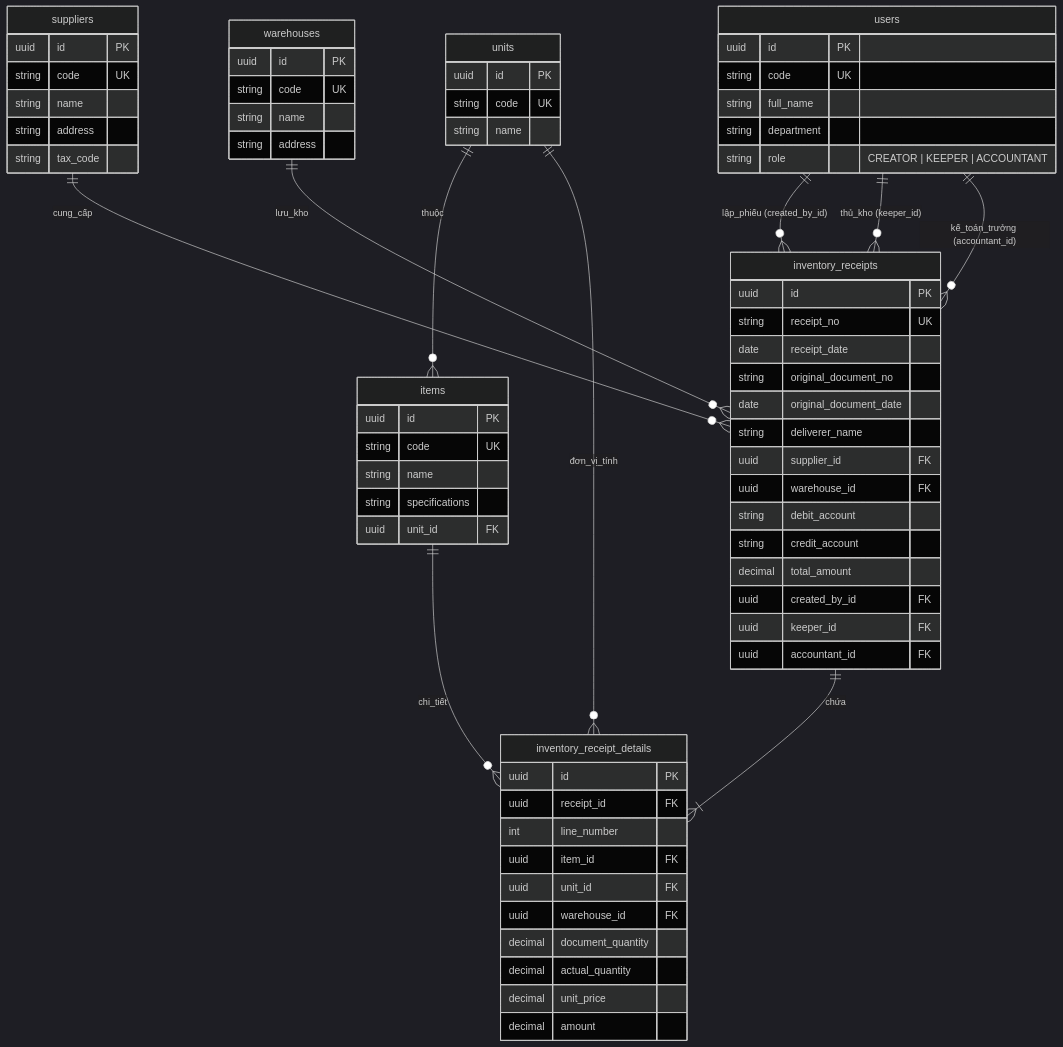
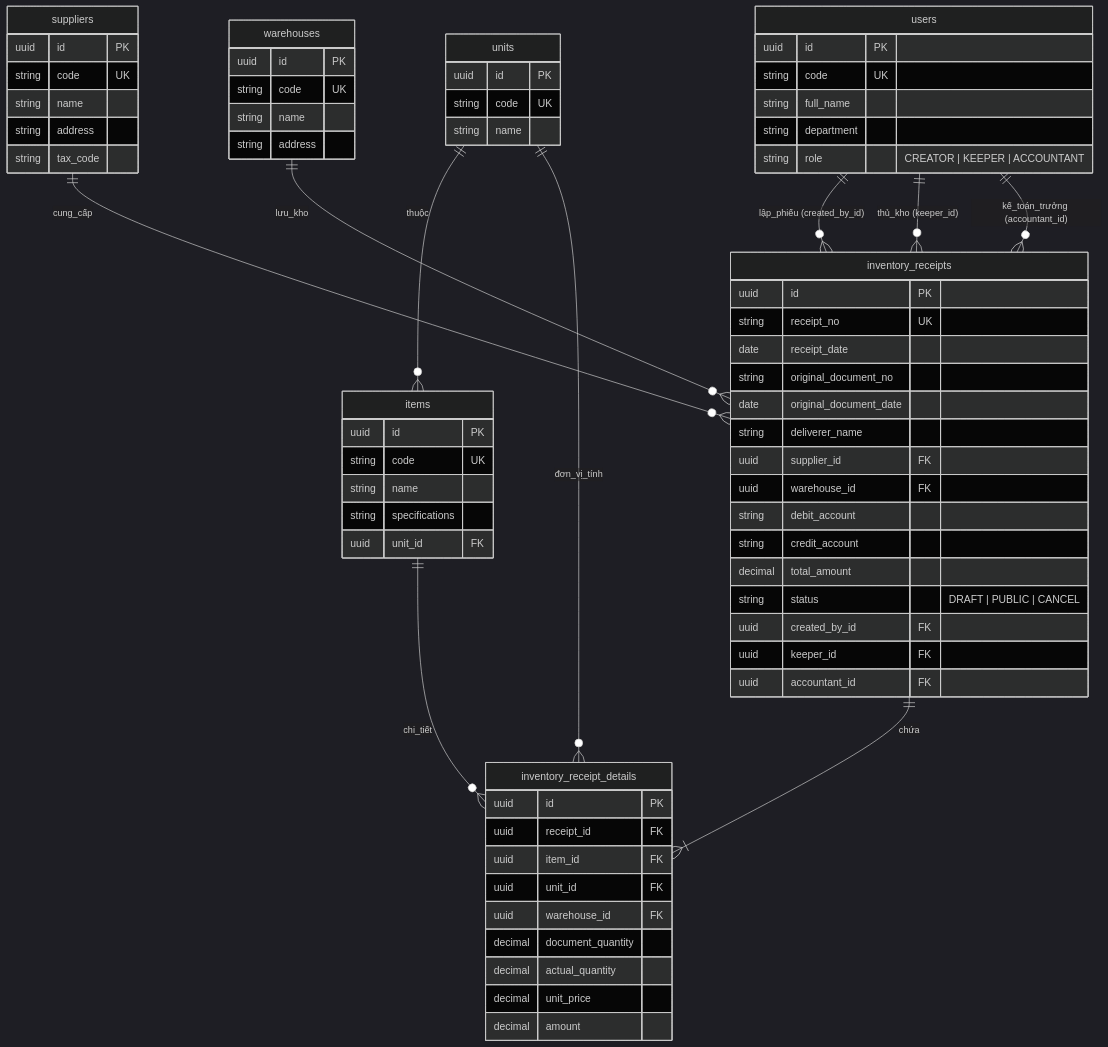
The diagram in docs/cores/database_design.md (Duancoders03/warehouse_test), drawn with Mermaid (dark theme) before and after one commit. The commit also changed other lines of this file and 19 other files, not shown here.

````diff
--- a/docs/cores/database_design.md
+++ b/docs/cores/database_design.md
@@ -24,80 +24,80 @@
 ```mermaid
 erDiagram
     units ||--o{ items : "thuộc"
     units ||--o{ inventory_receipt_details : "đơn_vị_tính"
     suppliers ||--o{ inventory_receipts : "cung_cấp"
     warehouses ||--o{ inventory_receipts : "lưu_kho"
     users ||--o{ inventory_receipts : "lập_phiếu (created_by_id)"
     users ||--o{ inventory_receipts : "thủ_kho (keeper_id)"
     users ||--o{ inventory_receipts : "kế_toán_trưởng (accountant_id)"
     
     inventory_receipts ||--|{ inventory_receipt_details : "chứa"
     items ||--o{ inventory_receipt_details : "chi_tiết"
 
     units {
         uuid id PK
         string code UK
         string name
     }
 
     suppliers {
         uuid id PK
         string code UK
         string name
         string address
         string tax_code
     }
 
     warehouses {
         uuid id PK
         string code UK
         string name
         string address
     }
 
     users {
         uuid id PK
         string code UK
         string full_name
         string department
         string role "CREATOR | KEEPER | ACCOUNTANT"
     }
 
     items {
         uuid id PK
         string code UK
         string name
         string specifications
         uuid unit_id FK
     }
 
     inventory_receipts {
         uuid id PK
         string receipt_no UK
         date receipt_date
         string original_document_no
         date original_document_date
         string deliverer_name
         uuid supplier_id FK
         uuid warehouse_id FK
         string debit_account
         string credit_account
         decimal total_amount
+        string status "DRAFT | PUBLIC | CANCEL"
         uuid created_by_id FK
         uuid keeper_id FK
         uuid accountant_id FK
     }
 
     inventory_receipt_details {
         uuid id PK
         uuid receipt_id FK
-        int line_number
         uuid item_id FK
         uuid unit_id FK
         uuid warehouse_id FK
         decimal document_quantity
         decimal actual_quantity
         decimal unit_price
         decimal amount
     }
 ```
````
